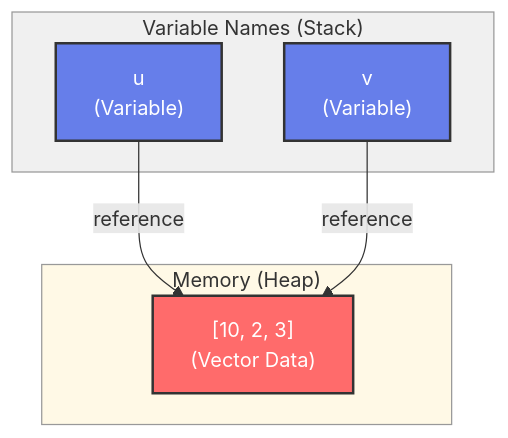
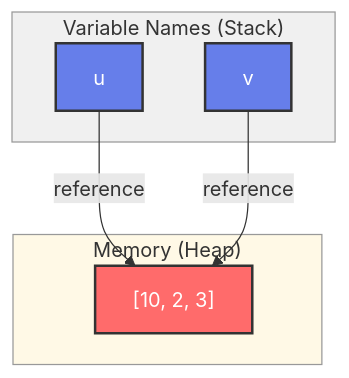
The fourth of 11 diagrams in quarto/lecture-unit-1.qmd (dietmaroelz/ProgrammingCourse-with-Julia-SimulationAnalysisAndLearningSystems), drawn with Mermaid before and after one commit. The commit also changed other lines of this file and 15 other files, not shown here.

````diff
--- a/quarto/lecture-unit-1.qmd
+++ b/quarto/lecture-unit-1.qmd
@@ -331,20 +548,20 @@
 ```{mermaid}
 graph TD
     subgraph vars ["Variable Names (Stack)"]
-        U["u<br/>(Variable)"]
-        V["v<br/>(Variable)"]
+        U["u"]
+        V["v"]
     end
     
     subgraph mem ["Memory (Heap)"]
-        VEC["[10, 2, 3]<br/>(Vector Data)"]
+        VEC["[10, 2, 3]"]
     end
     
     U -->|reference| VEC
     V -->|reference| VEC
     
     style U fill:#667eea,stroke:#333,stroke-width:2px,color:#fff
     style V fill:#667eea,stroke:#333,stroke-width:2px,color:#fff
     style VEC fill:#FF6B6B,stroke:#333,stroke-width:2px,color:#fff
     style vars fill:#f0f0f0,stroke:#999
     style mem fill:#fff9e6,stroke:#999
 ```
````
